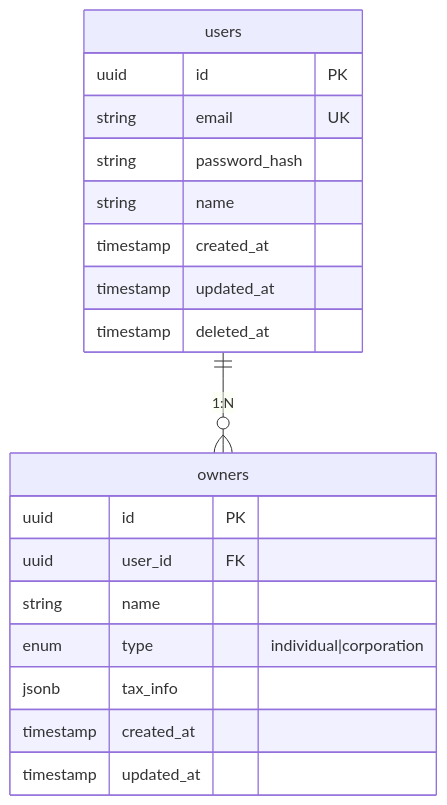
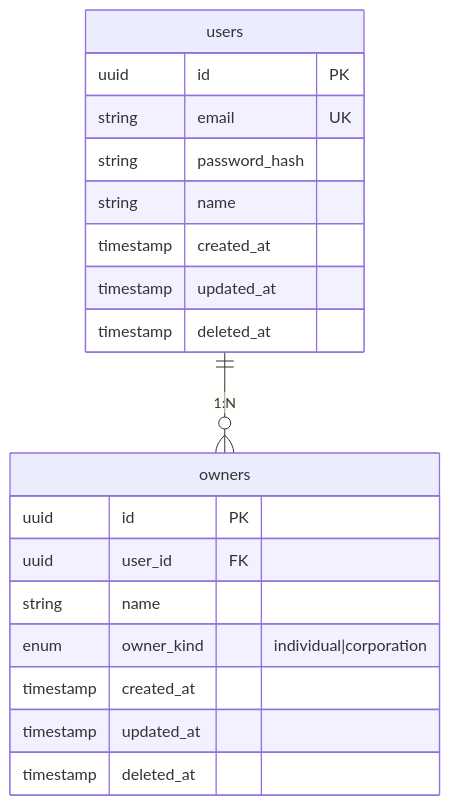
Before and after one commit to denof-inc/richman-manage: the second of 6 diagrams in docs/data-model.md, drawn with Mermaid. The commit also changed other lines of this file and 1 other file, not shown here.

Commit message:
docs(data-model): Loans/Ownersの最新仕様に同期（owner_kind/owner_id/branch_name/notes、property任意化、インデックス追記）\n\n- 概念ERに Owner→Loan を追加\n- owners.type→owner_kind、loansスキーマを現行に合わせて更新\n- idx_loans_owner_id を追記\n- 要件に『オーナー/支店/メモ/物件非紐付け』を明記\n (#115)

````diff
--- a/docs/data-model.md
+++ b/docs/data-model.md
@@ -25,24 +26,24 @@
 ```mermaid
 erDiagram
     users {
         uuid id PK
         string email UK
         string password_hash
         string name
         timestamp created_at
         timestamp updated_at
         timestamp deleted_at
     }
     
     owners {
         uuid id PK
         uuid user_id FK
         string name
-        enum type "individual|corporation"
-        jsonb tax_info
+        enum owner_kind "individual|corporation"
         timestamp created_at
         timestamp updated_at
+        timestamp deleted_at
     }
     
     users ||--o{ owners : "1:N"
 ```
````
